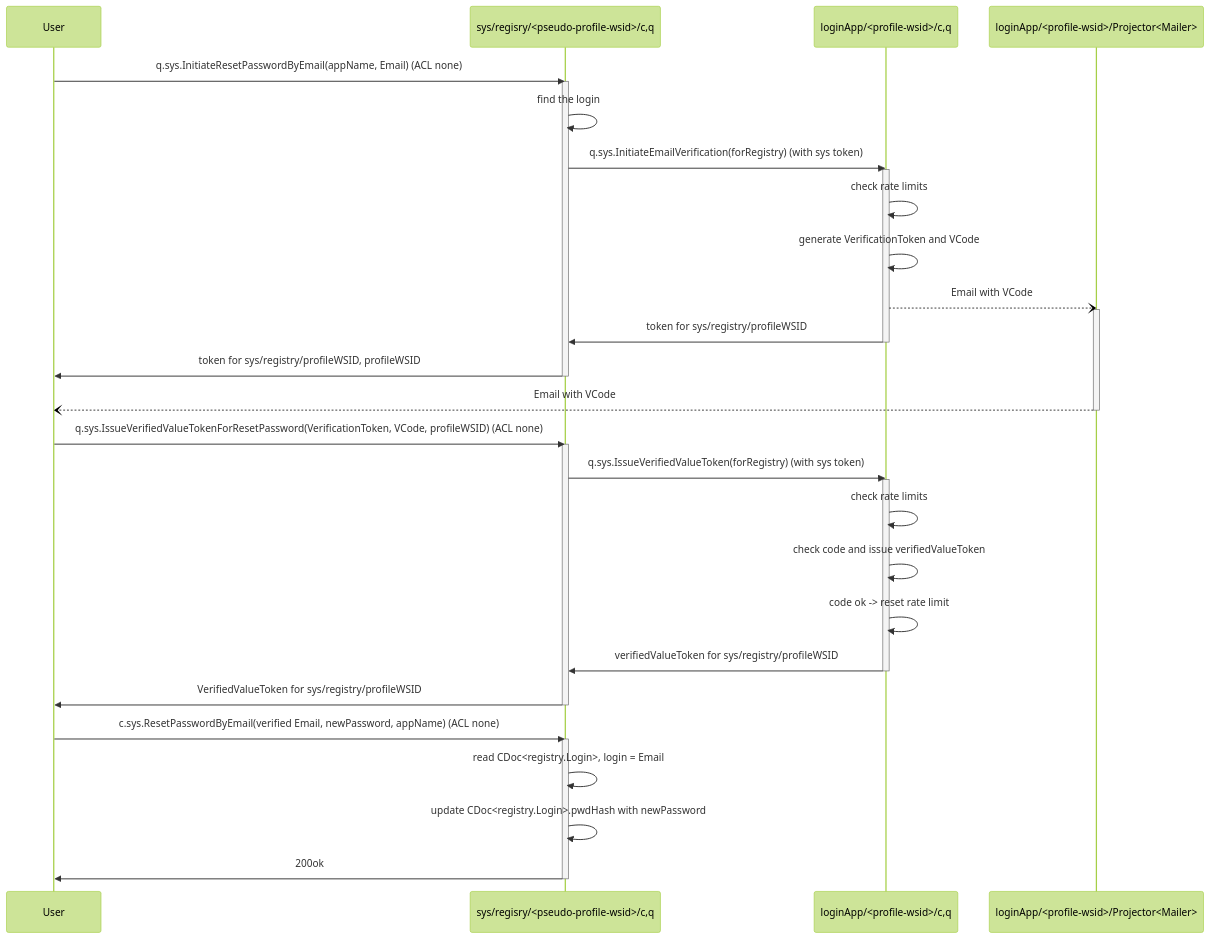
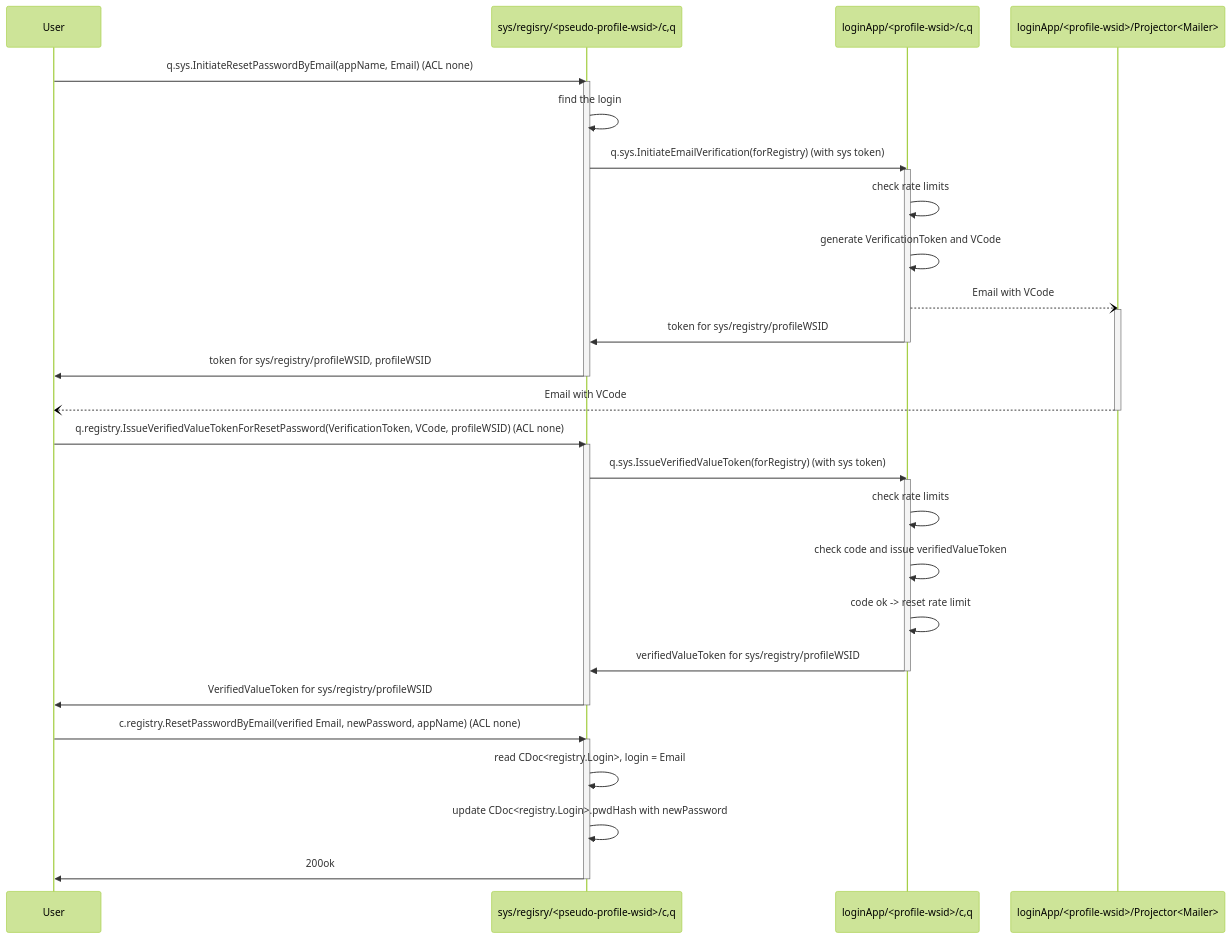
One commit to voedger/voedger changed the diagram in design/authnz/reset-password.md. Above: the diagram before and after it, drawn with Mermaid (forest theme). The commit also changed other lines of this file and 8 other files, not shown here.

````diff
--- a/design/authnz/reset-password.md
+++ b/design/authnz/reset-password.md
@@ -31,43 +31,43 @@
 ```mermaid
 sequenceDiagram
 	participant u as User
 	participant pp as sys/regisry/<pseudo-profile-wsid>/c,q
   participant p as loginApp/<profile-wsid>/c,q
   participant m as loginApp/<profile-wsid>/Projector<Mailer>
 
 	u->>pp: q.sys.InitiateResetPasswordByEmail(appName, Email) (ACL none)
 	activate pp
     pp->>pp: find the login
     pp->>p: q.sys.InitiateEmailVerification(forRegistry) (with sys token)
     activate p
       p->>p: check rate limits
       p->>p: generate VerificationToken and VCode
       p--)m: Email with VCode
       activate m
       p->>pp: token for sys/registry/profileWSID
     deactivate p
     pp->>u: token for sys/registry/profileWSID, profileWSID
 	deactivate pp
 
   m--)u: Email with VCode
   deactivate m
 
-  u->>pp: q.sys.IssueVerifiedValueTokenForResetPassword(VerificationToken, VCode, profileWSID) (ACL none)
+  u->>pp: q.registry.IssueVerifiedValueTokenForResetPassword(VerificationToken, VCode, profileWSID) (ACL none)
   activate pp
     pp->>p: q.sys.IssueVerifiedValueToken(forRegistry) (with sys token)
     activate p
       p->>p: check rate limits
       p->>p: check code and issue verifiedValueToken
       p->>p: code ok -> reset rate limit
       p->>pp: verifiedValueToken for sys/registry/profileWSID
     deactivate p
     pp->>u: VerifiedValueToken for sys/registry/profileWSID
   deactivate pp
 
-	u->>pp: c.sys.ResetPasswordByEmail(verified Email, newPassword, appName) (ACL none)
+	u->>pp: c.registry.ResetPasswordByEmail(verified Email, newPassword, appName) (ACL none)
 	activate pp
 		pp->>pp: read CDoc<registry.Login>, login = Email
 		pp->>pp: update CDoc<registry.Login>.pwdHash with newPassword
     pp->>u: 200ok
 	deactivate pp
 ```
````
